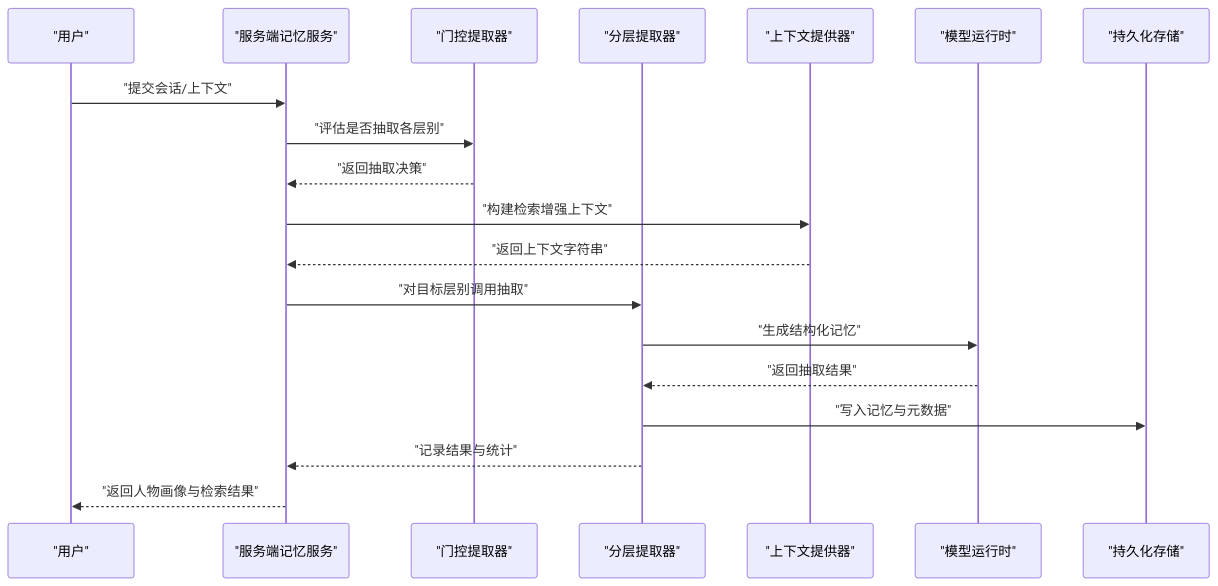
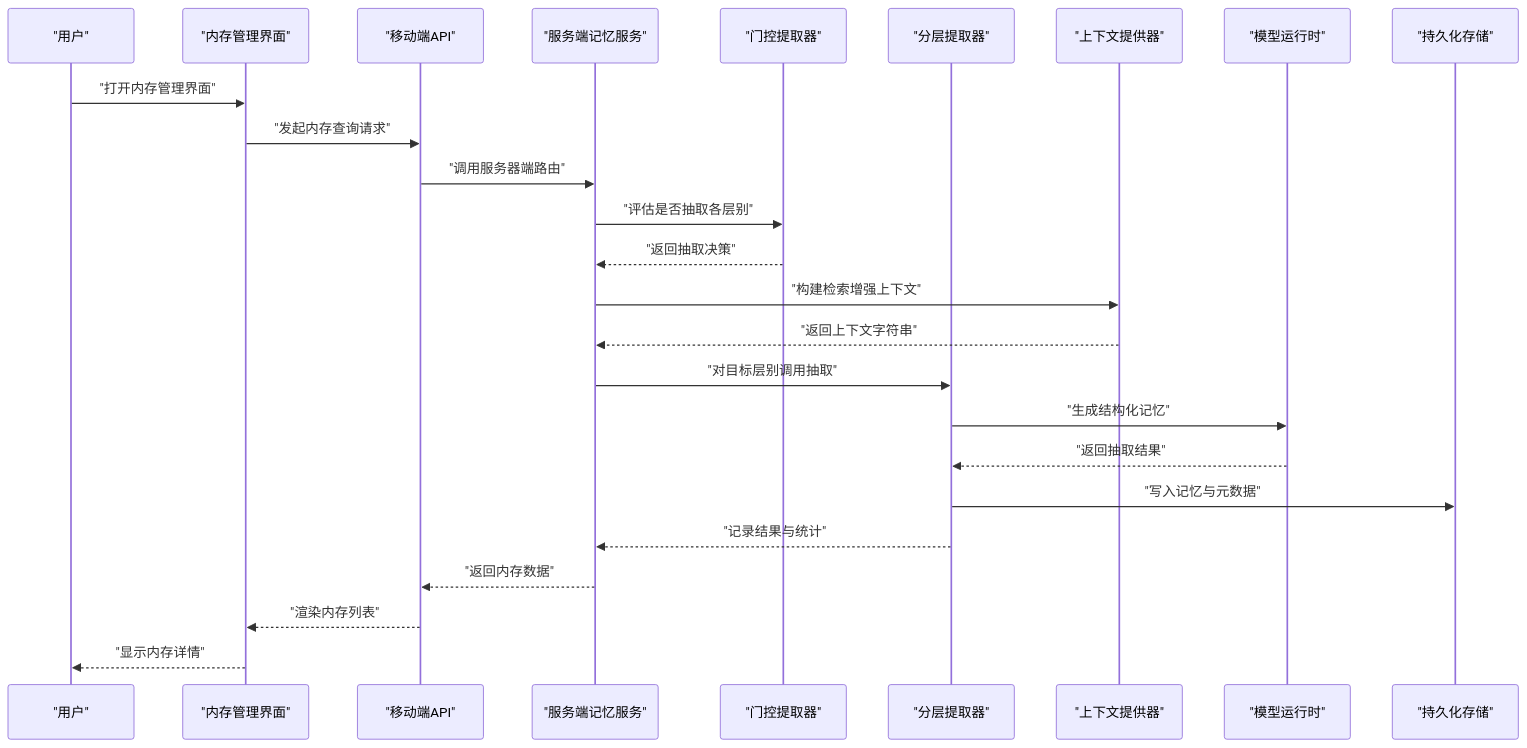
One commit to AvatoLabs/avato changed the second of 8 diagrams in .qoder/repowiki/zh/content/数据库设计/数据模型/用户记忆系统/用户记忆系统.md. Above: the diagram before and after it, drawn with Mermaid. The commit also changed other lines of this file and 23 other files, not shown here.

````diff
--- a/.qoder/repowiki/zh/content/数据库设计/数据模型/用户记忆系统/用户记忆系统.md
+++ b/.qoder/repowiki/zh/content/数据库设计/数据模型/用户记忆系统/用户记忆系统.md
@@ -139,21 +169,27 @@
 ```mermaid
 sequenceDiagram
 participant U as "用户"
+participant UI as "内存管理界面"
+participant API as "移动端API"
 participant S as "服务端记忆服务"
 participant GK as "门控提取器"
 participant EX as "分层提取器"
 participant CP as "上下文提供器"
 participant MR as "模型运行时"
 participant DB as "持久化存储"
-U->>S : "提交会话/上下文"
+U->>UI : "打开内存管理界面"
+UI->>API : "发起内存查询请求"
+API->>S : "调用服务器端路由"
 S->>GK : "评估是否抽取各层别"
 GK-->>S : "返回抽取决策"
 S->>CP : "构建检索增强上下文"
 CP-->>S : "返回上下文字符串"
 S->>EX : "对目标层别调用抽取"
 EX->>MR : "生成结构化记忆"
 MR-->>EX : "返回抽取结果"
 EX->>DB : "写入记忆与元数据"
 EX-->>S : "记录结果与统计"
-S-->>U : "返回人物画像与检索结果"
+S-->>API : "返回内存数据"
+API-->>UI : "渲染内存列表"
+UI-->>U : "显示内存详情"
 ```
````
